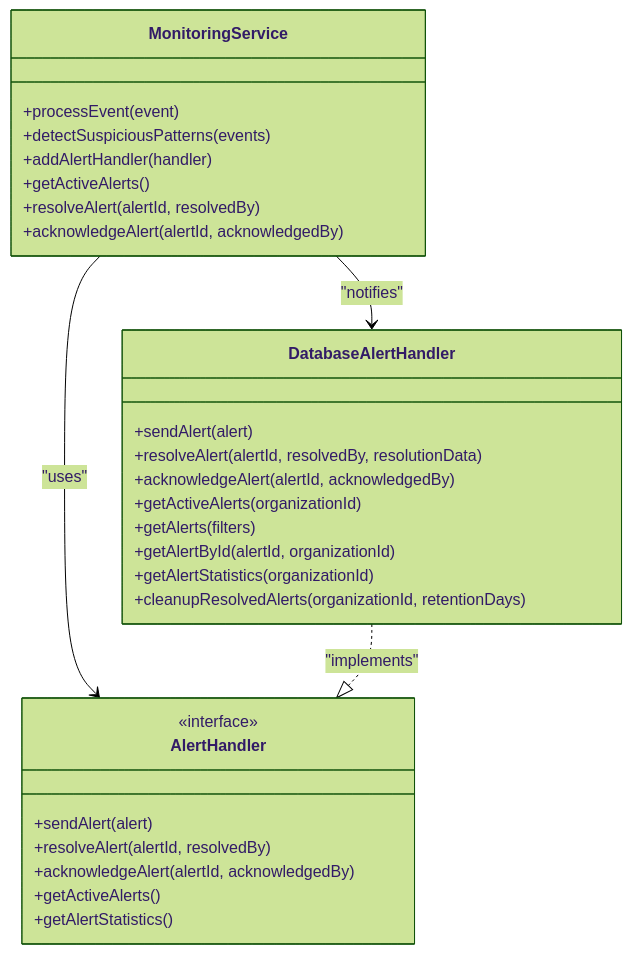
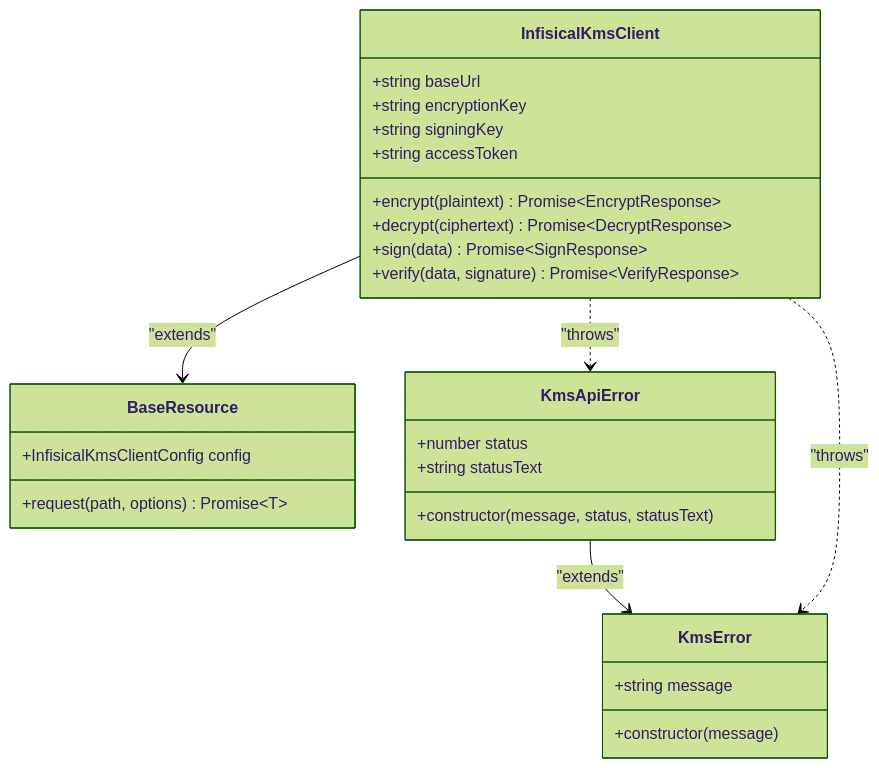
One commit to smedrec/smart-logs changed the second of 3 diagrams in .qoder/repowiki/en/content/Security and Compliance.md. Above: the diagram before and after it, drawn with Mermaid (forest theme). The commit also changed other lines of this file and 3 other files, not shown here.

````diff
--- a/.qoder/repowiki/en/content/Security and Compliance.md
+++ b/.qoder/repowiki/en/content/Security and Compliance.md
@@ -71,32 +60,30 @@
 ```mermaid
 classDiagram
-class MonitoringService {
-+processEvent(event)
-+detectSuspiciousPatterns(events)
-+addAlertHandler(handler)
-+getActiveAlerts()
-+resolveAlert(alertId, resolvedBy)
-+acknowledgeAlert(alertId, acknowledgedBy)
+class InfisicalKmsClient {
++string baseUrl
++string encryptionKey
++string signingKey
++string accessToken
++encrypt(plaintext) Promise~EncryptResponse~
++decrypt(ciphertext) Promise~DecryptResponse~
++sign(data) Promise~SignResponse~
++verify(data, signature) Promise~VerifyResponse~
 }
-class AlertHandler {
-<<interface>>
-+sendAlert(alert)
-+resolveAlert(alertId, resolvedBy)
-+acknowledgeAlert(alertId, acknowledgedBy)
-+getActiveAlerts()
-+getAlertStatistics()
+class BaseResource {
++InfisicalKmsClientConfig config
++request(path, options) Promise~T~
 }
-class DatabaseAlertHandler {
-+sendAlert(alert)
-+resolveAlert(alertId, resolvedBy, resolutionData)
-+acknowledgeAlert(alertId, acknowledgedBy)
-+getActiveAlerts(organizationId)
-+getAlerts(filters)
-+getAlertById(alertId, organizationId)
-+getAlertStatistics(organizationId)
-+cleanupResolvedAlerts(organizationId, retentionDays)
+class KmsError {
++string message
++constructor(message)
 }
-MonitoringService --> AlertHandler : "uses"
-DatabaseAlertHandler ..|> AlertHandler : "implements"
-MonitoringService --> DatabaseAlertHandler : "notifies"
+class KmsApiError {
++number status
++string statusText
++constructor(message, status, statusText)
+}
+InfisicalKmsClient --> BaseResource : "extends"
+KmsApiError --> KmsError : "extends"
+InfisicalKmsClient ..> KmsApiError : "throws"
+InfisicalKmsClient ..> KmsError : "throws"
 ```
````
